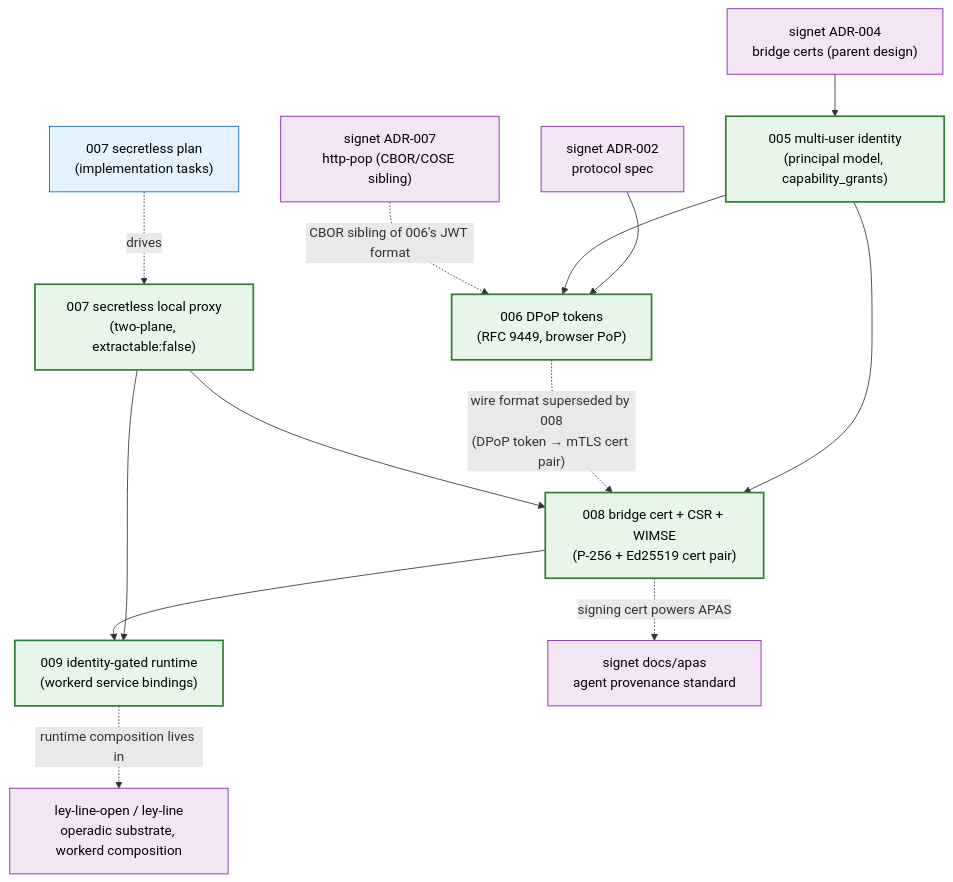
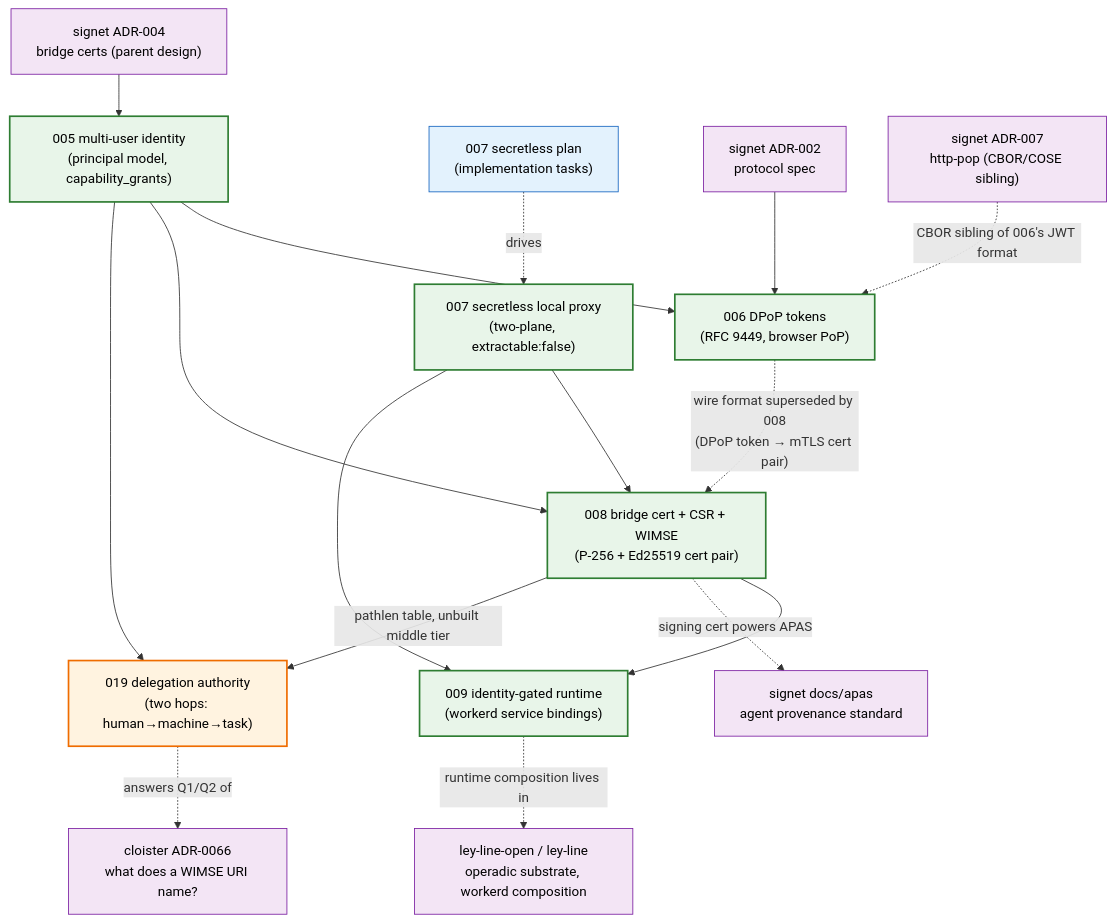
The diagram in docs/README.md (agentic-research/notme), drawn with Mermaid before and after one commit. The commit also changed other lines of this file and 1 other file, not shown here.

````diff
--- a/docs/README.md
+++ b/docs/README.md
@@ -21,33 +22,38 @@
 ```mermaid
 graph TD
     classDef accepted fill:#e8f5e9,stroke:#2e7d32,stroke-width:2px,color:#000
     classDef proposed fill:#fff3e0,stroke:#ef6c00,stroke-width:2px,color:#000
     classDef plan fill:#e3f2fd,stroke:#1565c0,stroke-width:1px,color:#000
     classDef external fill:#f3e5f5,stroke:#7b1fa2,stroke-width:1px,color:#000
 
     A005["005 multi-user identity<br/>(principal model, capability_grants)"]:::accepted
     A006["006 DPoP tokens<br/>(RFC 9449, browser PoP)"]:::accepted
     A007D["007 secretless local proxy<br/>(two-plane, extractable:false)"]:::accepted
     A007P["007 secretless plan<br/>(implementation tasks)"]:::plan
     A008["008 bridge cert + CSR + WIMSE<br/>(P-256 + Ed25519 cert pair)"]:::accepted
     A009["009 identity-gated runtime<br/>(workerd service bindings)"]:::accepted
+    A019["019 delegation authority<br/>(two hops: human→machine→task)"]:::proposed
 
     SIG004["signet ADR-004<br/>bridge certs (parent design)"]:::external
     SIG002["signet ADR-002<br/>protocol spec"]:::external
     SIG007["signet ADR-007<br/>http-pop (CBOR/COSE sibling)"]:::external
     APAS["signet docs/apas<br/>agent provenance standard"]:::external
     LL["ley-line-open / ley-line<br/>operadic substrate, workerd composition"]:::external
 
     SIG004 --> A005
     SIG002 --> A006
     A005 --> A006
     A005 --> A008
     A006 -.->|"wire format superseded by 008<br/>(DPoP token → mTLS cert pair)"| A008
     A007D --> A008
     A007D --> A009
     A008 --> A009
     A007P -. drives .-> A007D
     SIG007 -.->|"CBOR sibling of 006's JWT format"| A006
     A008 -.->|"signing cert powers APAS"| APAS
     A009 -.->|"runtime composition lives in"| LL
+    A005 --> A019
+    A008 -->|"pathlen table, unbuilt middle tier"| A019
+    A019 -.->|"answers Q1/Q2 of"| CL0066
+    CL0066["cloister ADR-0066<br/>what does a WIMSE URI name?"]:::external
 ```
````
